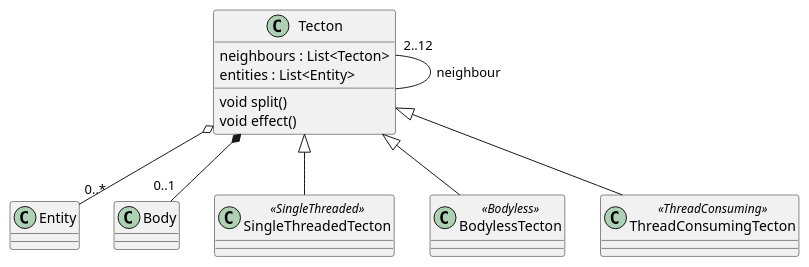
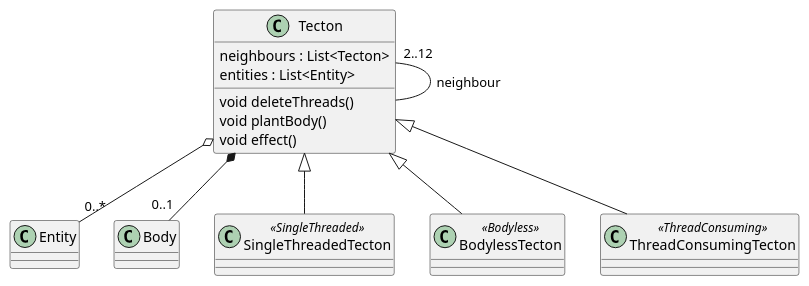
Before and after one commit to Petya-G/fungorium: the diagram in 3/classes/tecton.puml, drawn with PlantUML. The commit also changed 2 other files, not shown here.

```diff
--- a/3/classes/tecton.puml
+++ b/3/classes/tecton.puml
@@ -1,25 +1,27 @@
 @startuml
+
 Tecton "2..12" -- Tecton : neighbour
 Tecton o-- "0..*" Entity
 Tecton *-- "0..1" Body
 class Tecton {
   neighbours : List<Tecton>
   entities : List<Entity>
-  void split()
+  void deleteThreads()
+  void plantBody()
   void effect()
 }
 
 Tecton <|-- SingleThreadedTecton
 class SingleThreadedTecton <<SingleThreaded>> {
 }
 
 Tecton <|-- BodylessTecton
 class BodylessTecton <<Bodyless>>{
 
 }
 
 Tecton <|-- ThreadConsumingTecton
 class ThreadConsumingTecton <<ThreadConsuming>>{
 
 }
 @enduml
```
